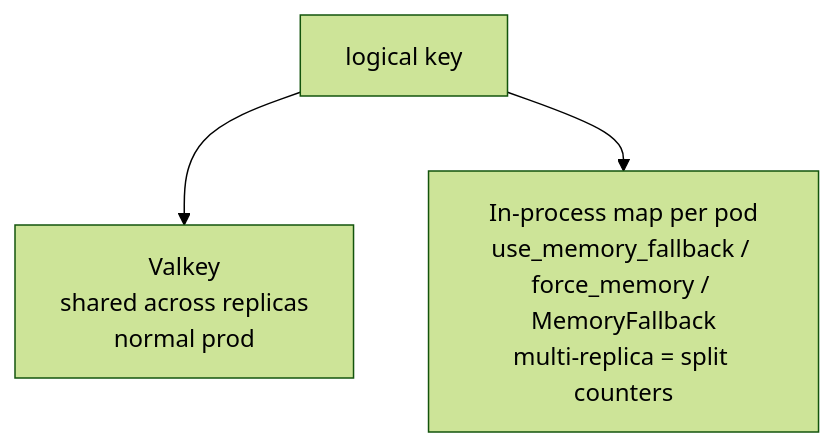
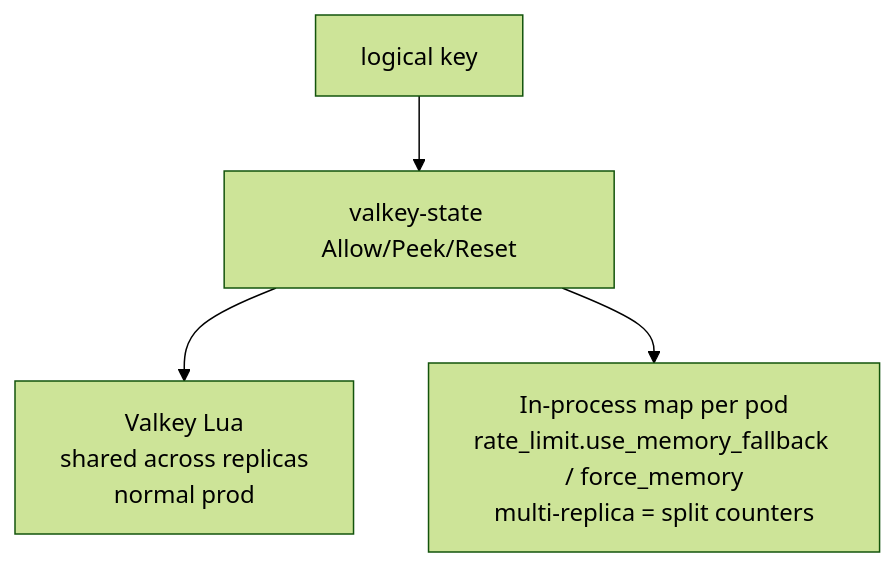
Before and after one commit to caerus-framework/caerus-framework-http-ratelimiter: the fourth of 4 diagrams in README.md, drawn with Mermaid (forest theme). The commit also changed other lines of this file and 12 other files, not shown here.

````diff
--- a/README.md
+++ b/README.md
@@ -102,5 +100,6 @@
 ```mermaid
 flowchart TD
-  K[logical key] --> V["Valkey<br/>shared across replicas<br/>normal prod"]
-  K --> M["In-process map per pod<br/>use_memory_fallback / force_memory / MemoryFallback<br/>multi-replica = split counters"]
+  K[logical key] --> S["valkey-state Allow/Peek/Reset"]
+  S --> V["Valkey Lua<br/>shared across replicas<br/>normal prod"]
+  S --> M["In-process map per pod<br/>rate_limit.use_memory_fallback / force_memory<br/>multi-replica = split counters"]
 ```
````
